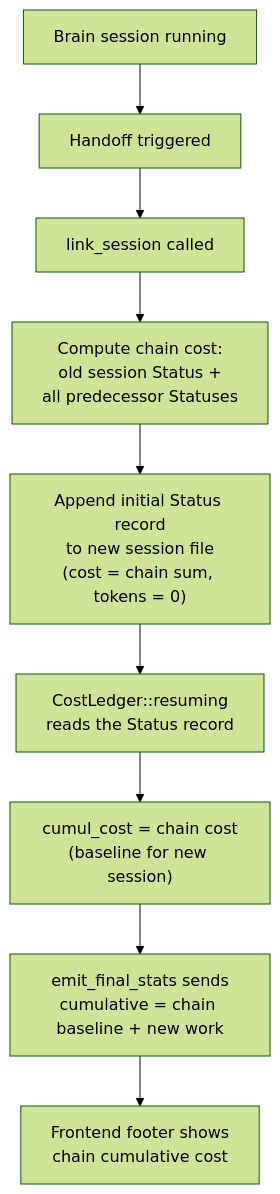
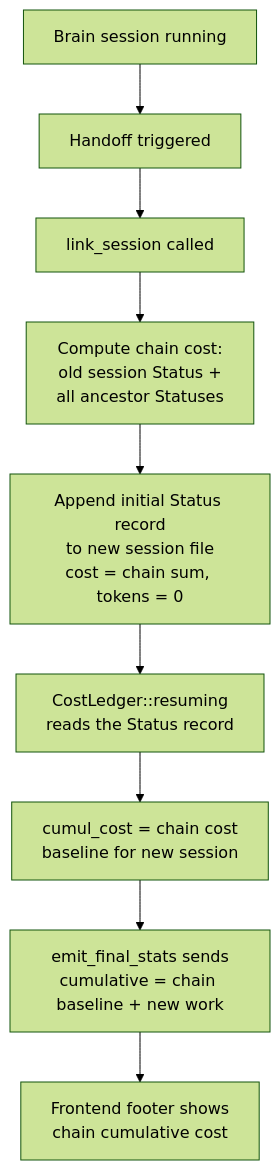
One commit to claudin-io/claudinio-code changed the diagram in docs/plans/2026-08-02_chain-cumulative-cost.md. Above: the diagram before and after it, drawn with Mermaid (forest theme). The commit also changed other lines of this file, not shown here.

Commit message:
docs(plan): chain-cumulative-cost

````diff
--- a/docs/plans/2026-08-02_chain-cumulative-cost.md
+++ b/docs/plans/2026-08-02_chain-cumulative-cost.md
@@ -48,11 +26,11 @@
 ```mermaid
 flowchart TD
     A[Brain session running] --> B[Handoff triggered]
     B --> C[link_session called]
-    C --> D["Compute chain cost:<br/>old session Status +<br/>all predecessor Statuses"]
-    D --> E["Append initial Status record<br/>to new session file<br/>(cost = chain sum, tokens = 0)"]
+    C --> D["Compute chain cost:<br/>old session Status +<br/>all ancestor Statuses"]
+    D --> E["Append initial Status record<br/>to new session file<br/>cost = chain sum, tokens = 0"]
     E --> F[CostLedger::resuming<br/>reads the Status record]
-    F --> G["cumul_cost = chain cost<br/>(baseline for new session)"]
+    F --> G["cumul_cost = chain cost<br/>baseline for new session"]
     G --> H[emit_final_stats sends<br/>cumulative = chain baseline + new work]
     H --> I["Frontend footer shows<br/>chain cumulative cost"]
 ```
````
